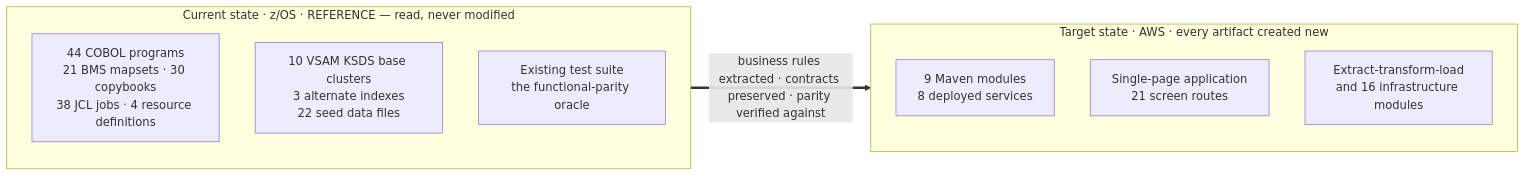
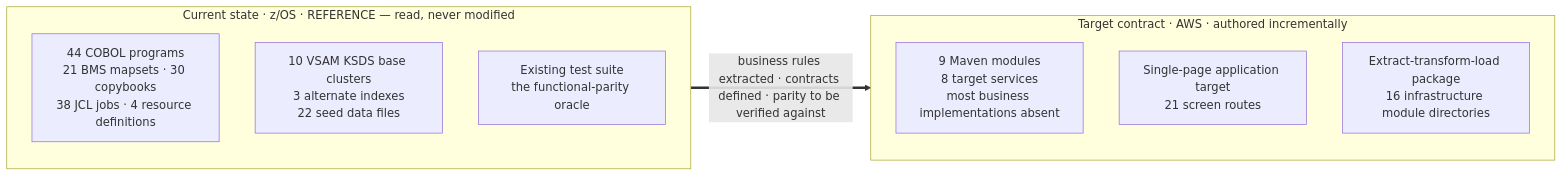
The third of 3 diagrams in docs/architecture/context-and-container-diagrams.md (Blitzy-LocalStack/aws-mainframe-modernization-carddemo), drawn with Mermaid before and after one commit. The commit also changed other lines of this file and 319 other files, not shown here.

````diff
--- a/docs/architecture/context-and-container-diagrams.md
+++ b/docs/architecture/context-and-container-diagrams.md
@@ -711,22 +734,22 @@
 ```mermaid
 graph LR
     subgraph CURRENT["Current state · z/OS · REFERENCE — read, never modified"]
         C1["44 COBOL programs<br/>21 BMS mapsets · 30 copybooks<br/>38 JCL jobs · 4 resource definitions"]
         C2["10 VSAM KSDS base clusters<br/>3 alternate indexes<br/>22 seed data files"]
         C3["Existing test suite<br/>the functional-parity oracle"]
     end
 
-    subgraph TARGET["Target state · AWS · every artifact created new"]
-        T1["9 Maven modules<br/>8 deployed services"]
-        T2["Single-page application<br/>21 screen routes"]
-        T3["Extract-transform-load<br/>and 16 infrastructure modules"]
+    subgraph TARGET["Target contract · AWS · authored incrementally"]
+        T1["9 Maven modules<br/>8 target services<br/>most business implementations absent"]
+        T2["Single-page application target<br/>21 screen routes"]
+        T3["Extract-transform-load package<br/>16 infrastructure module directories"]
     end
 
-    CURRENT ==>|"business rules extracted · contracts preserved · parity verified against"| TARGET
+    CURRENT ==>|"business rules extracted · contracts defined · parity to be verified against"| TARGET
 %% The dependency is one-way and total. Target code READS the baseline as its
 %% specification; it NEVER writes it. The current-state subgraph is byte-identical
-%% to what it was before this migration, and every node in the target subgraph is
-%% a new file in a new tree.
+%% to what it was before this migration. Target nodes describe contracted
+%% deployables; they do not claim each implementation or composition file exists.
 %% There is deliberately NO reverse edge: nothing in the target is a prerequisite
 %% for the baseline continuing to run exactly as it does.
 ```
````
